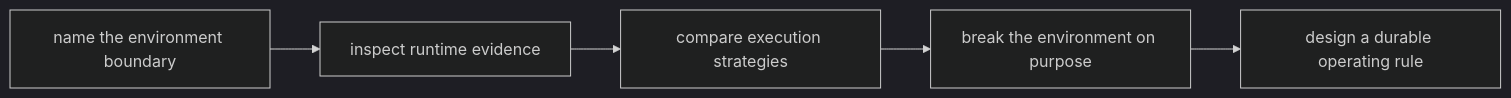
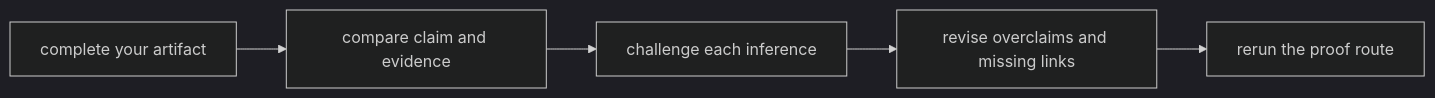
The second of 4 diagrams in programs/reproducible-research/deep-dive-dvc/course-book/module-03-execution-environments-reproducible-inputs/exercise-answers.md (bijux/bijux-masterclass), drawn with Mermaid (dark theme) before and after one commit. The commit also changed other lines of this file, not shown here.

Commit message:
docs(dvc): teach reasoning through runtime evidence answers

````diff
--- a/programs/reproducible-research/deep-dive-dvc/course-book/module-03-execution-environments-reproducible-inputs/exercise-answers.md
+++ b/programs/reproducible-research/deep-dive-dvc/course-book/module-03-execution-environments-reproducible-inputs/exercise-answers.md
@@ -19,7 +18,7 @@
 ```mermaid
 flowchart LR
-  orient["name the environment boundary"] --> inspect["inspect runtime evidence"]
-  inspect --> compare["compare execution strategies"]
-  compare --> break["break the environment on purpose"]
-  break --> govern["design a durable operating rule"]
+  attempt["complete your artifact"] --> compare["compare claim and evidence"]
+  compare --> challenge["challenge each inference"]
+  challenge --> revise["revise overclaims and missing links"]
+  revise --> verify["rerun the proof route"]
 ```
````
